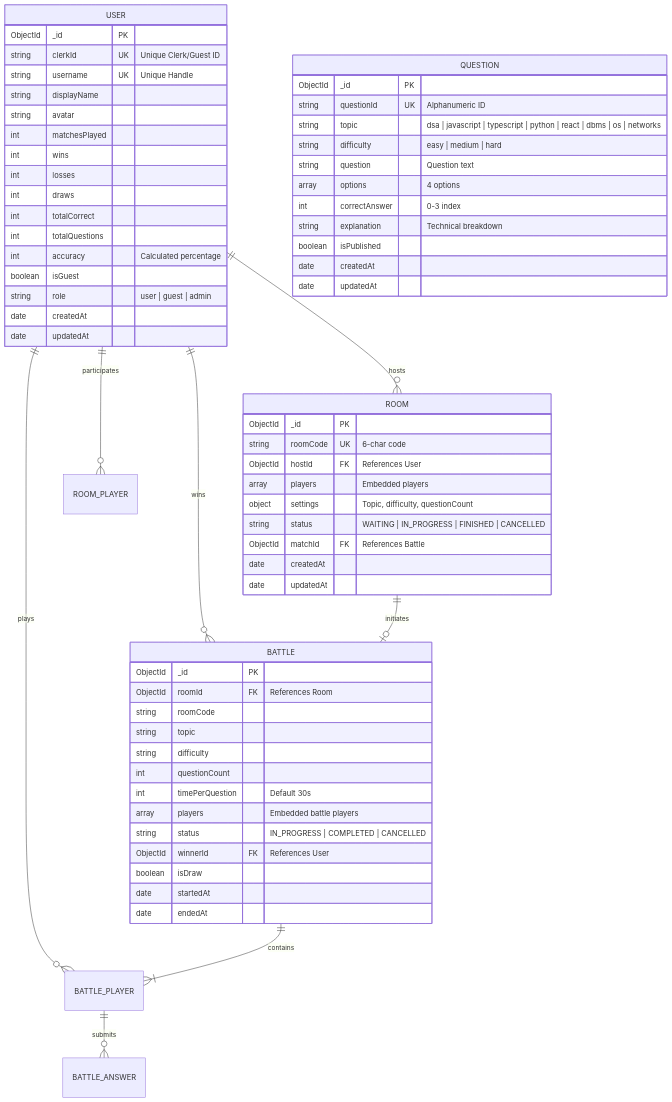
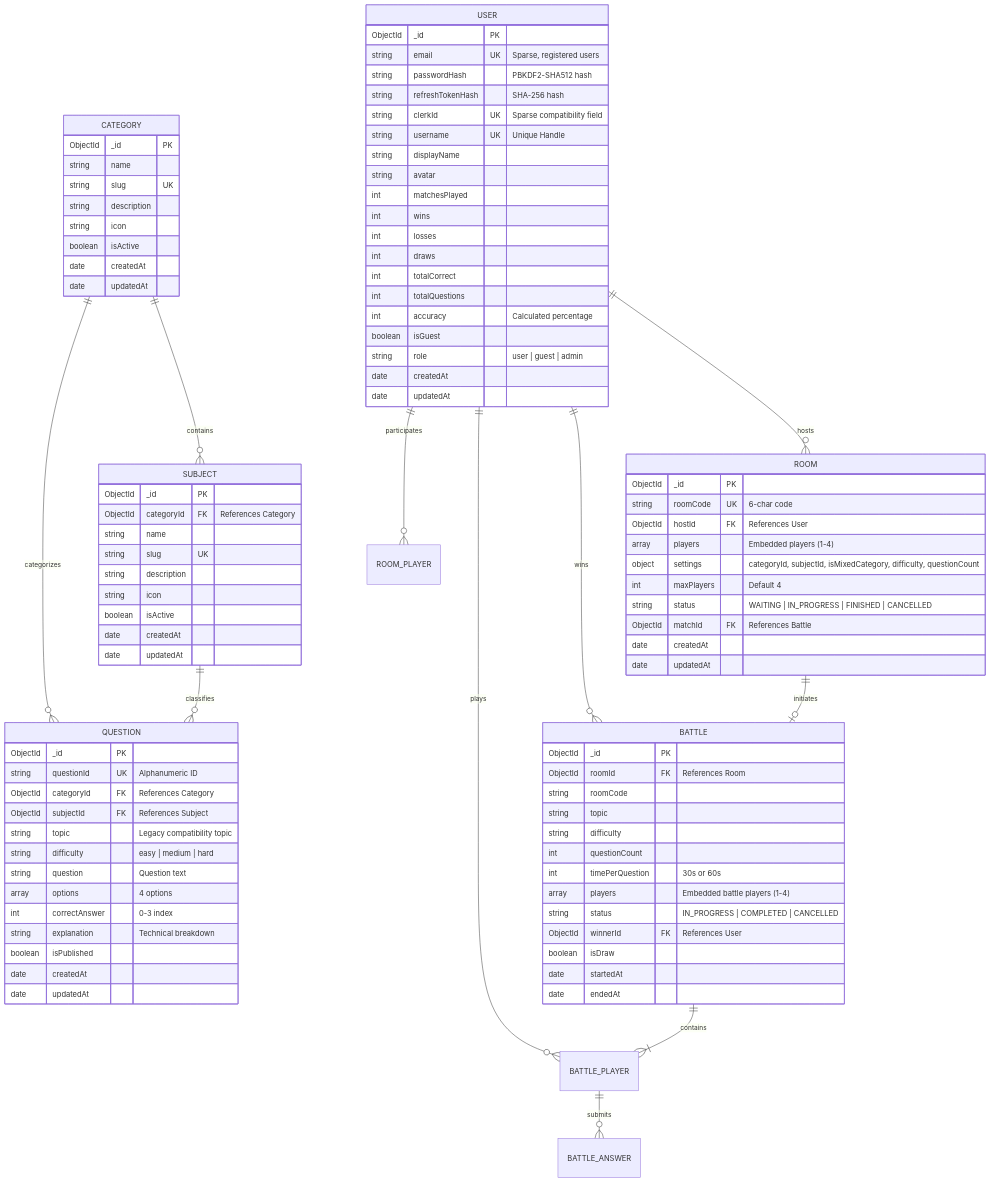
One commit to harshverma-25/CodeArena changed the diagram in docs/05-database-architecture.md. Above: the diagram before and after it, drawn with Mermaid. The commit also changed other lines of this file and 17 other files, not shown here.

Commit message:
docs: synchronize project documentation with current architecture

````diff
--- a/docs/05-database-architecture.md
+++ b/docs/05-database-architecture.md
@@ -14,5 +14,8 @@
 ```mermaid
 erDiagram
+    CATEGORY ||--o{ SUBJECT : contains
+    CATEGORY ||--o{ QUESTION : categorizes
+    SUBJECT ||--o{ QUESTION : classifies
     USER ||--o{ ROOM : hosts
     USER ||--o{ ROOM_PLAYER : participates
     USER ||--o{ BATTLE_PLAYER : plays
@@ -21,9 +24,35 @@
     BATTLE ||--|{ BATTLE_PLAYER : contains
     BATTLE_PLAYER ||--o{ BATTLE_ANSWER : submits
 
+    CATEGORY {
+        ObjectId _id PK
+        string name
+        string slug UK
+        string description
+        string icon
+        boolean isActive
+        date createdAt
+        date updatedAt
+    }
+
+    SUBJECT {
+        ObjectId _id PK
+        ObjectId categoryId FK "References Category"
+        string name
+        string slug UK
+        string description
+        string icon
+        boolean isActive
+        date createdAt
+        date updatedAt
+    }
+
     USER {
         ObjectId _id PK
-        string clerkId UK "Unique Clerk/Guest ID"
+        string email UK "Sparse, registered users"
+        string passwordHash "PBKDF2-SHA512 hash"
+        string refreshTokenHash "SHA-256 hash"
+        string clerkId UK "Sparse compatibility field"
         string username UK "Unique Handle"
         string displayName
         string avatar
@@ -44,8 +73,9 @@
         ObjectId _id PK
         string roomCode UK "6-char code"
         ObjectId hostId FK "References User"
-        array players "Embedded players"
-        object settings "Topic, difficulty, questionCount"
+        array players "Embedded players (1-4)"
+        object settings "categoryId, subjectId, isMixedCategory, difficulty, questionCount"
+        int maxPlayers "Default 4"
         string status "WAITING | IN_PROGRESS | FINISHED | CANCELLED"
         ObjectId matchId FK "References Battle"
         date createdAt
@@ -55,7 +85,9 @@
     QUESTION {
         ObjectId _id PK
         string questionId UK "Alphanumeric ID"
-        string topic "dsa | javascript | typescript | python | react | dbms | os | networks"
+        ObjectId categoryId FK "References Category"
+        ObjectId subjectId FK "References Subject"
+        string topic "Legacy compatibility topic"
         string difficulty "easy | medium | hard"
         string question "Question text"
         array options "4 options"
@@ -73,8 +105,8 @@
         string topic
         string difficulty
         int questionCount
-        int timePerQuestion "Default 30s"
-        array players "Embedded battle players"
+        int timePerQuestion "30s or 60s"
+        array players "Embedded battle players (1-4)"
         string status "IN_PROGRESS | COMPLETED | CANCELLED"
         ObjectId winnerId FK "References User"
         boolean isDraw
````
